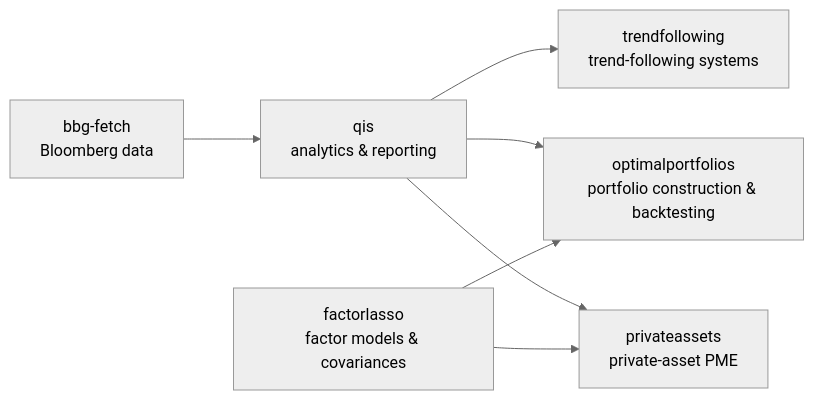
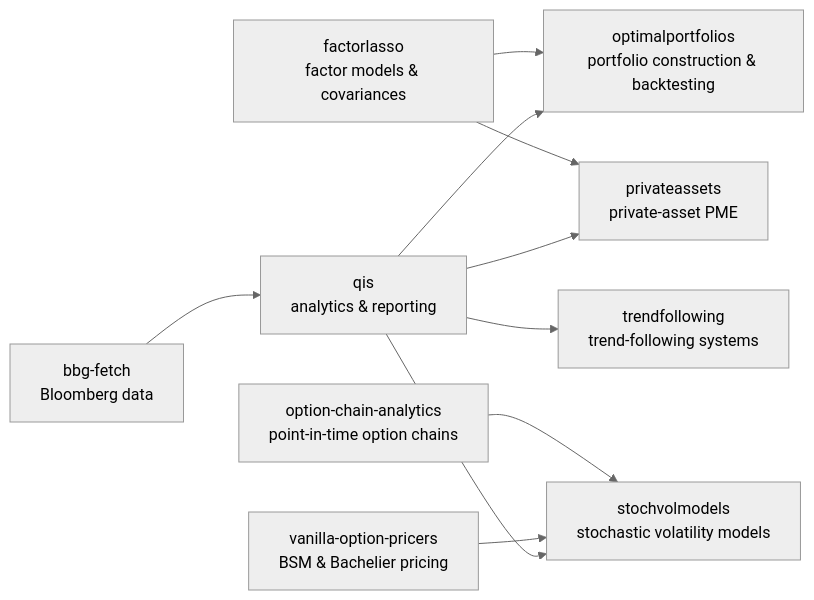
The diagram in README.md (ArturSepp/ArturSepp), drawn with Mermaid (neutral theme) before and after one commit. The commit also changed other lines of this file and 1 other file, not shown here.

````diff
--- a/README.md
+++ b/README.md
@@ -27,9 +54,19 @@
 ```mermaid
 flowchart LR
-    bbg["bbg-fetch<br/>Bloomberg data"] --> qis["qis<br/>analytics & reporting"]
-    fl["factorlasso<br/>factor models & covariances"] --> op["optimalportfolios<br/>portfolio construction & backtesting"]
+    fl["factorlasso<br/>factor models & covariances"]
+    qis["qis<br/>analytics & reporting"]
+    oca["option-chain-analytics<br/>point-in-time option chains"]
+    vop["vanilla-option-pricers<br/>BSM & Bachelier pricing"]
+    bbg["bbg-fetch<br/>Bloomberg data"] --> qis
+    bbg ~~~ fl
+    bbg ~~~ oca
+    bbg ~~~ vop
+    fl --> op["optimalportfolios<br/>portfolio construction & backtesting"]
     qis --> op
-    qis --> tf["trendfollowing<br/>trend-following systems"]
     fl --> pa["privateassets<br/>private-asset PME"]
     qis --> pa
+    qis --> tf["trendfollowing<br/>trend-following systems"]
+    oca --> svm["stochvolmodels<br/>stochastic volatility models"]
+    vop --> svm
+    qis --> svm
 ```
````
